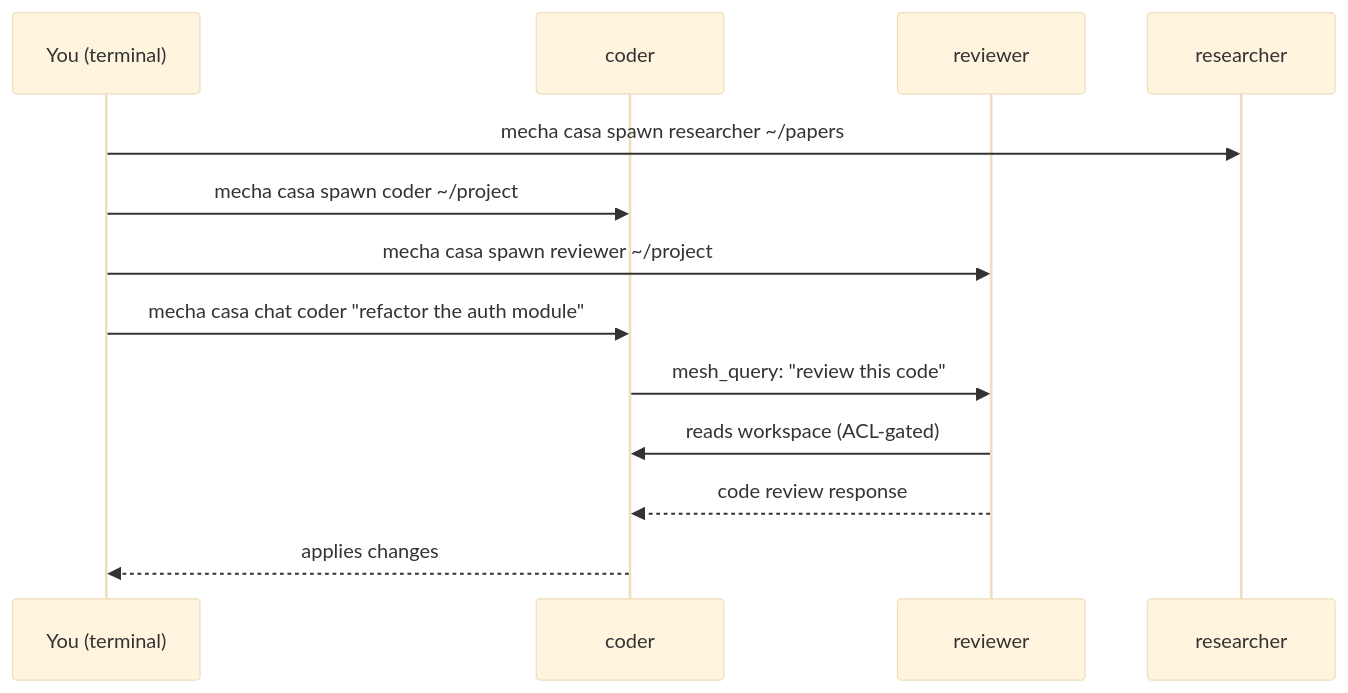
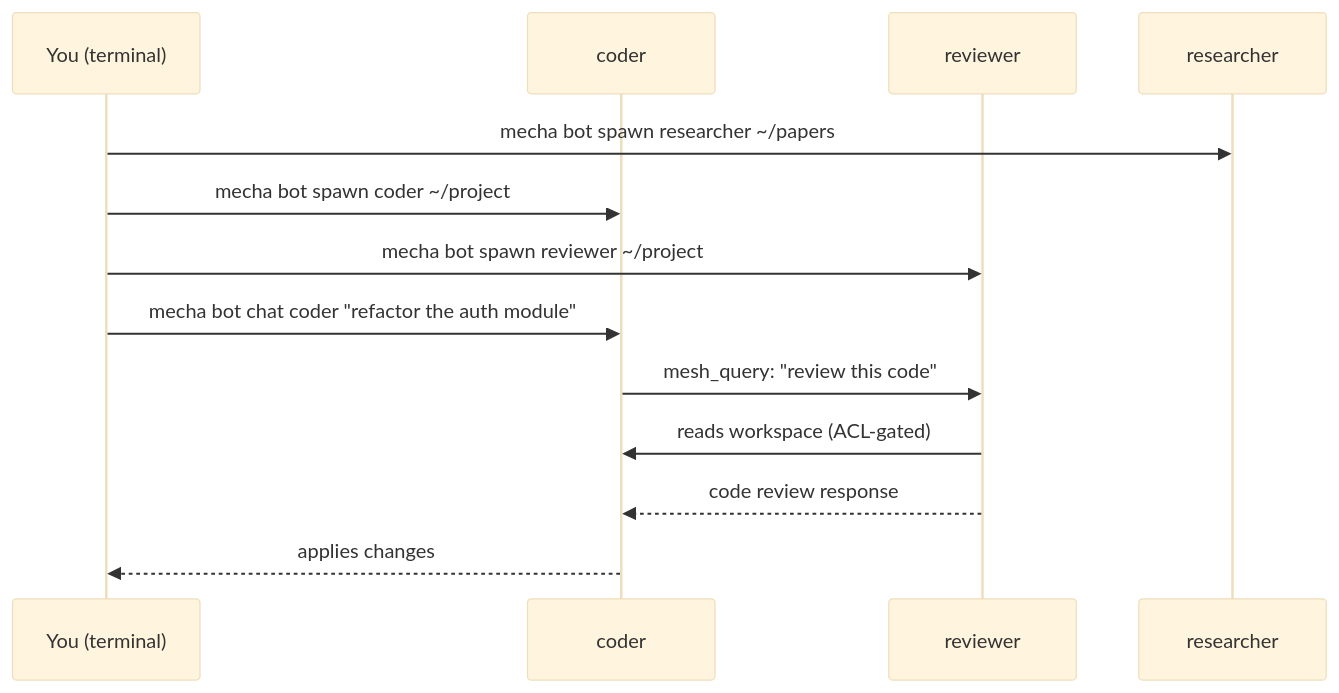
The diagram in website/docs/guide/index.md (johnloveworld2022-ops/mecha.im), drawn with Mermaid (base theme) before and after one commit. The commit also changed other lines of this file and 318 other files, not shown here.

First line of the commit message:
refactor: rename CASA to Bot across entire codebase

````diff
--- a/website/docs/guide/index.md
+++ b/website/docs/guide/index.md
@@ -16,16 +16,16 @@
 ```mermaid
 sequenceDiagram
   participant You as You (terminal)
   participant coder
   participant reviewer
   participant researcher
 
-  You->>researcher: mecha casa spawn researcher ~/papers
-  You->>coder: mecha casa spawn coder ~/project
-  You->>reviewer: mecha casa spawn reviewer ~/project
-  You->>coder: mecha casa chat coder "refactor the auth module"
+  You->>researcher: mecha bot spawn researcher ~/papers
+  You->>coder: mecha bot spawn coder ~/project
+  You->>reviewer: mecha bot spawn reviewer ~/project
+  You->>coder: mecha bot chat coder "refactor the auth module"
   coder->>reviewer: mesh_query: "review this code"
   reviewer->>coder: reads workspace (ACL-gated)
   reviewer-->>coder: code review response
   coder-->>You: applies changes
 ```
````
